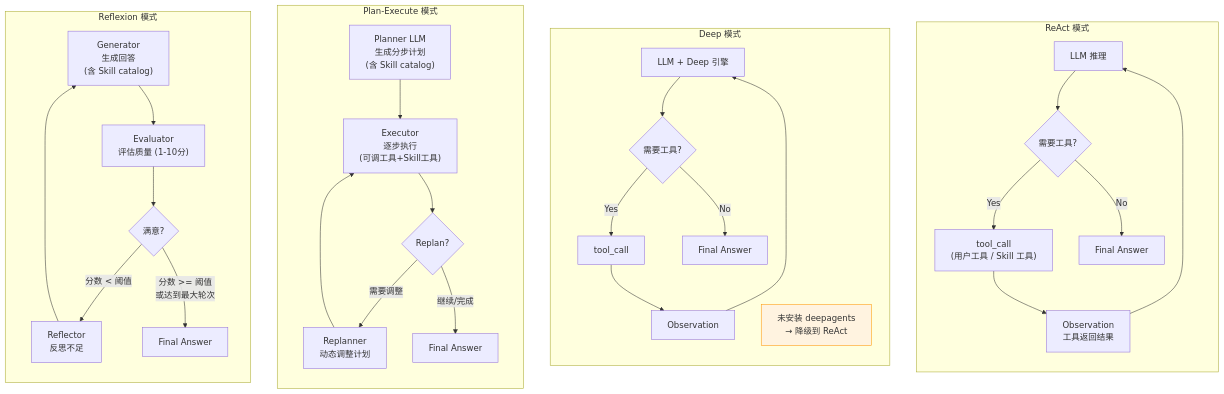
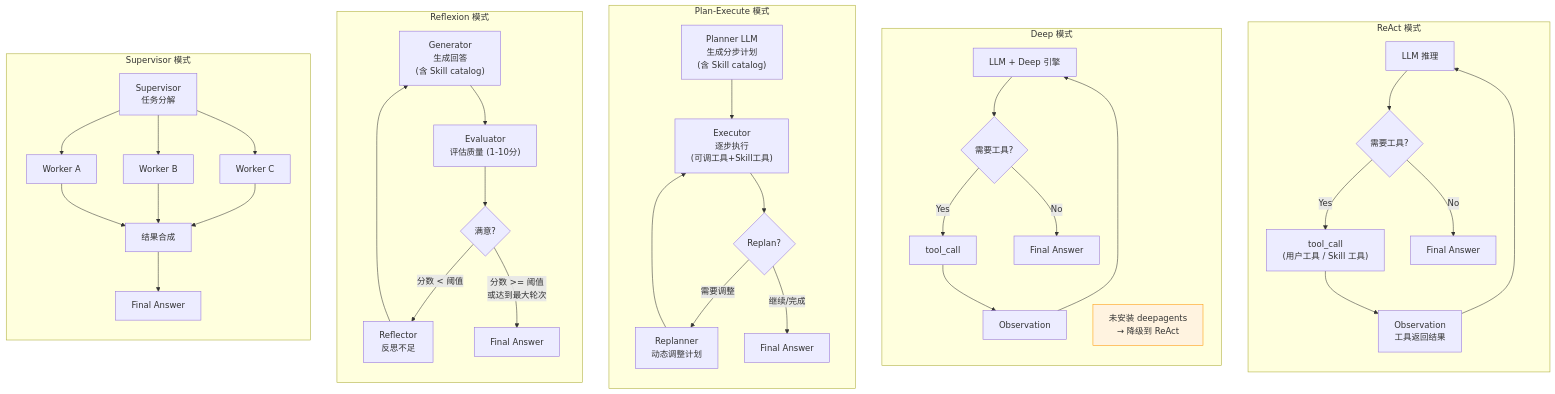
Before and after one commit to xiaoxuz/flux-agent: the second of 5 diagrams in docs/AGENTS.md, drawn with Mermaid. The commit also changed other lines of this file and 19 other files, not shown here.

Commit message:
feat(agents): 新增 SupervisorAgent，支持 worker 依赖链和 Skill 集成

````diff
--- a/docs/AGENTS.md
+++ b/docs/AGENTS.md
@@ -33,48 +33,57 @@
 ```mermaid
 flowchart TB
     subgraph REACT ["ReAct 模式"]
         direction TB
         R1["LLM 推理"] --> R2{需要工具?}
         R2 -->|Yes| R3["tool_call<br/>(用户工具 / Skill 工具)"]
         R3 --> R4["Observation<br/>工具返回结果"]
         R4 --> R1
         R2 -->|No| R5["Final Answer"]
     end
 
     subgraph DEEP ["Deep 模式"]
         direction TB
         D1["LLM + Deep 引擎"] --> D2{需要工具?}
         D2 -->|Yes| D3["tool_call"]
         D3 --> D4["Observation"]
         D4 --> D1
         D2 -->|No| D5["Final Answer"]
         D6["未安装 deepagents<br/>→ 降级到 ReAct"]
         style D6 fill:#fff3e0,stroke:#ff9800
     end
 
     subgraph PLAN ["Plan-Execute 模式"]
         direction TB
         P1["Planner LLM<br/>生成分步计划<br/>(含 Skill catalog)"]
         P2["Executor<br/>逐步执行<br/>(可调工具+Skill工具)"]
         P3{Replan?}
         P4["Replanner<br/>动态调整计划"]
         P5["Final Answer"]
 
         P1 --> P2 --> P3
         P3 -->|"需要调整"| P4 --> P2
         P3 -->|"继续/完成"| P5
     end
 
     subgraph REFLEX ["Reflexion 模式"]
         direction TB
         X1["Generator<br/>生成回答<br/>(含 Skill catalog)"]
         X2["Evaluator<br/>评估质量 (1-10分)"]
         X3{满意?}
         X4["Reflector<br/>反思不足"]
         X5["Final Answer"]
 
         X1 --> X2 --> X3
         X3 -->|"分数 < 阈值"| X4 --> X1
         X3 -->|"分数 >= 阈值<br/>或达到最大轮次"| X5
     end
+
+    subgraph SUPERVISOR ["Supervisor 模式"]
+        direction TB
+        S1["Supervisor<br/>任务分解"] --> S2["Worker A"] & S3["Worker B"] & S4["Worker C"]
+        S2 --> S5["结果合成"]
+        S3 --> S5
+        S4 --> S5
+        S5 --> S6["Final Answer"]
+    end
 ```
````
